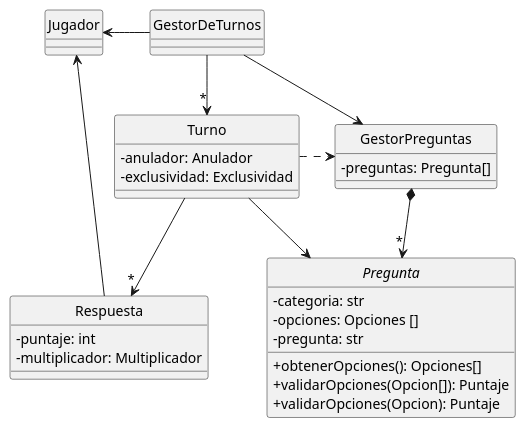
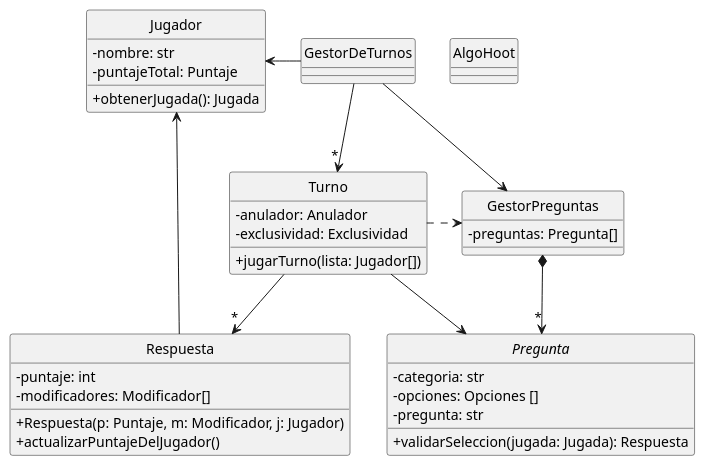
Before and after one commit to fiuba/algo3_proyecto_base_tp2: the diagram in diagrams/classes/clases2.plantuml, drawn with PlantUML. The commit also changed 3 other files, not shown here.

Commit message:
diagramas

```diff
--- a/diagrams/classes/clases2.plantuml
+++ b/diagrams/classes/clases2.plantuml
@@ -1,44 +1,51 @@
 @startuml tentativo2
 
 skinparam monochrome true
 hide circle
 skinparam classAttributeIconSize 0
 
 Abstract Pregunta {
     - categoria: str
     - opciones: Opciones []
     - pregunta: str
-    + obtenerOpciones(): Opciones[]
-    + validarOpciones(Opcion[]): Puntaje
-    + validarOpciones(Opcion): Puntaje
+    + validarSeleccion(jugada: Jugada): Respuesta
 }
 
 class Turno {
     - anulador: Anulador
     - exclusividad: Exclusividad
+    + jugarTurno(lista: Jugador[])
 }
 
 class GestorPreguntas {
     - preguntas: Pregunta[]
 }
 
 class Jugador {
-
+    - nombre: str
+    - puntajeTotal: Puntaje
+    + obtenerJugada(): Jugada
 
 }
 
 class Respuesta {
     - puntaje: int
-    - multiplicador: Multiplicador
+    - modificadores: Modificador[]
+    + Respuesta(p: Puntaje, m: Modificador, j: Jugador)
+    + actualizarPuntajeDelJugador()
+}
+
+class AlgoHoot {
+
 }
 
 Jugador <- GestorDeTurnos
 GestorDeTurnos -down-> GestorPreguntas
 GestorDeTurnos -down-> "*" Turno
 GestorPreguntas *-->"*" Pregunta
 Turno --> Pregunta
 Turno .> GestorPreguntas
 Turno --> "*" Respuesta
 Respuesta --> Jugador
 
 @enduml
```
